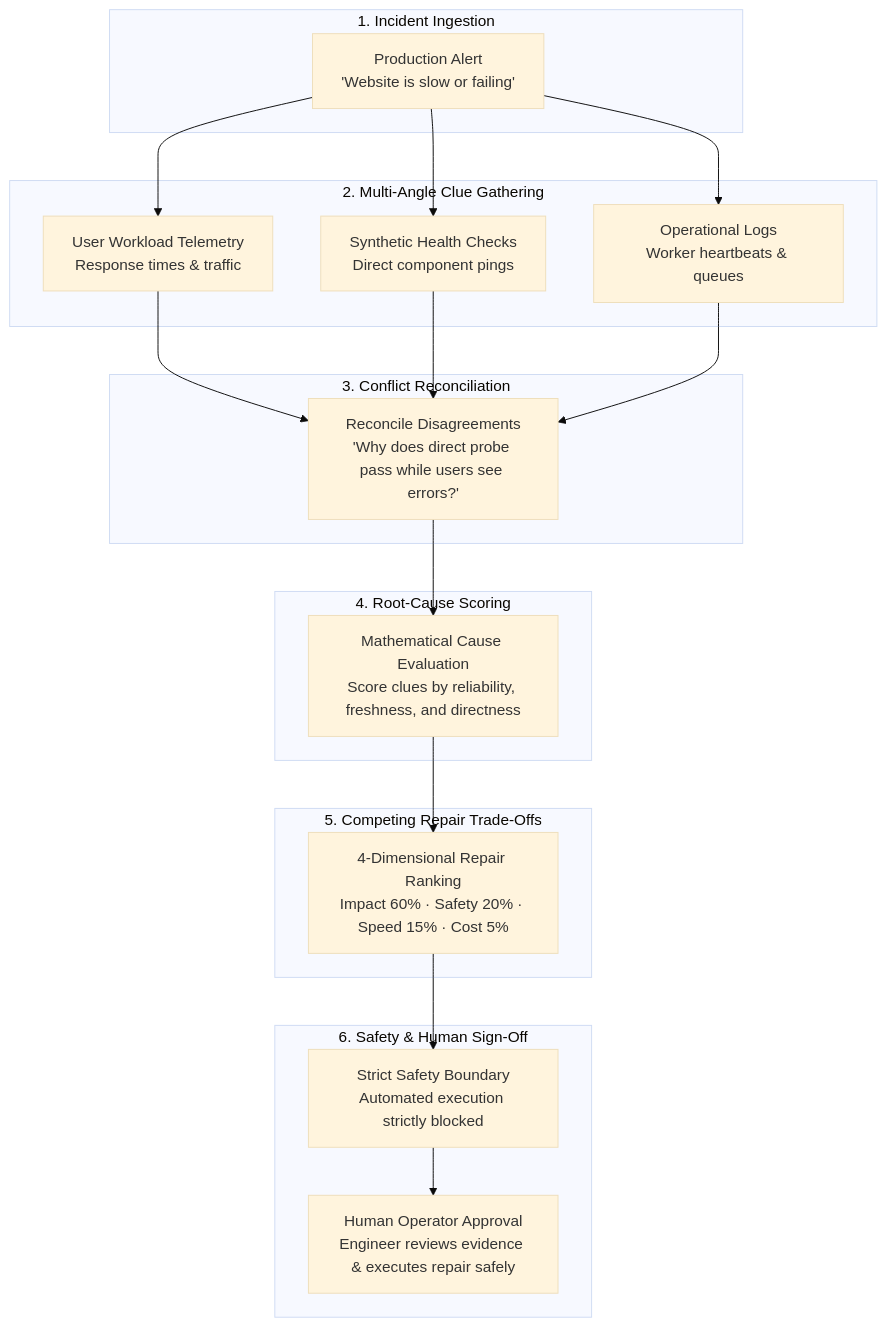
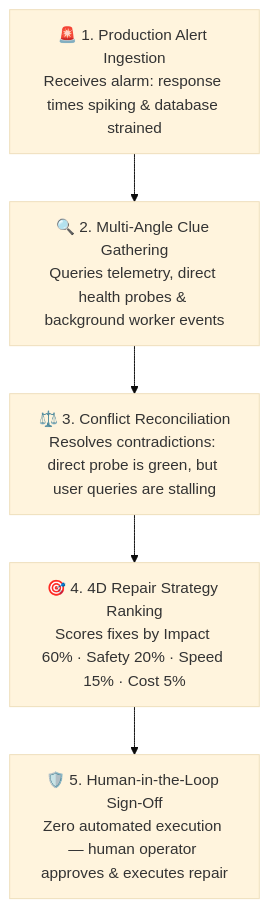
The second of 3 diagrams in README.md (AnasBabari/LEC_AI), drawn with Mermaid (base theme) before and after one commit. The commit also changed other lines of this file, not shown here.

First line of the commit message:
docs(readme): abstract and enlarge all Mermaid diagrams with balanced vertical layout

````diff
--- a/README.md
+++ b/README.md
@@ -151,42 +128,13 @@
 ```mermaid
 flowchart TD
-    subgraph Step1["1. Incident Ingestion"]
-        Alert["Production Alert<br/>'Website is slow or failing'"]
-    end
+    S1["🚨 1. Production Alert Ingestion<br/>Receives alarm: response times spiking & database strained"]
+    S2["🔍 2. Multi-Angle Clue Gathering<br/>Queries telemetry, direct health probes & background worker events"]
+    S3["⚖️ 3. Conflict Reconciliation<br/>Resolves contradictions: direct probe is green, but user queries are stalling"]
+    S4["🎯 4. 4D Repair Strategy Ranking<br/>Scores fixes by Impact 60% · Safety 20% · Speed 15% · Cost 5%"]
+    S5["🛡️ 5. Human-in-the-Loop Sign-Off<br/>Zero automated execution — human operator approves & executes repair"]
 
-    subgraph Step2["2. Multi-Angle Clue Gathering"]
-        T["User Workload Telemetry<br/>Response times & traffic"]
-        P["Synthetic Health Checks<br/>Direct component pings"]
-        E["Operational Logs<br/>Worker heartbeats & queues"]
-    end
-
-    subgraph Step3["3. Conflict Reconciliation"]
-        Reconcile["Reconcile Disagreements<br/>'Why does direct probe pass while users see errors?'"]
-    end
-
-    subgraph Step4["4. Root-Cause Scoring"]
-        Score["Mathematical Cause Evaluation<br/>Score clues by reliability, freshness, and directness"]
-    end
-
-    subgraph Step5["5. Competing Repair Trade-Offs"]
-        Rank["4-Dimensional Repair Ranking<br/>Impact 60% · Safety 20% · Speed 15% · Cost 5%"]
-    end
-
-    subgraph Step6["6. Safety & Human Sign-Off"]
-        Gate["Strict Safety Boundary<br/>Automated execution strictly blocked"]
-        Human["Human Operator Approval<br/>Engineer reviews evidence & executes repair safely"]
-    end
-
-    Alert --> T
-    Alert --> P
-    Alert --> E
-
-    T --> Reconcile
-    P --> Reconcile
-    E --> Reconcile
-
-    Reconcile --> Score
-    Score --> Rank
-    Rank --> Gate
-    Gate --> Human
+    S1 --> S2
+    S2 --> S3
+    S3 --> S4
+    S4 --> S5
 ```
````
